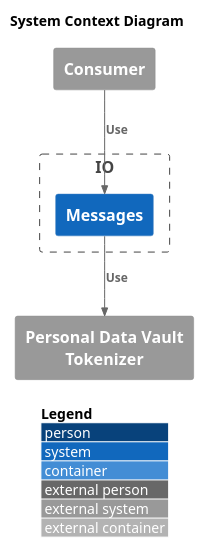
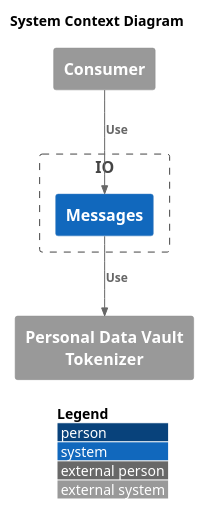
One commit to pagopa/io-messages changed the diagram in docs/data-plan/system-context.puml. Above: the diagram before and after it, drawn with PlantUML. The commit also changed 2 other files, not shown here.

Commit message:
docs: add system-context diagram

```diff
--- a/docs/data-plan/system-context.puml
+++ b/docs/data-plan/system-context.puml
@@ -1,20 +1,19 @@
 @startuml data-plan-system-context
 !include <C4/C4_Context>
-!include <C4/C4_Container>
 
 LAYOUT_WITH_LEGEND()
 
 title System Context Diagram
 
 System_Ext(consumer, "Consumer")
 
 Boundary(io, "IO") {
   System(io_msgs, "Messages")
 }
 
 System_Ext(pdv, "Personal Data Vault Tokenizer")
 
 Rel(consumer, io_msgs, "Use")
 Rel(io_msgs, pdv, "Use")
 
 @enduml
```
